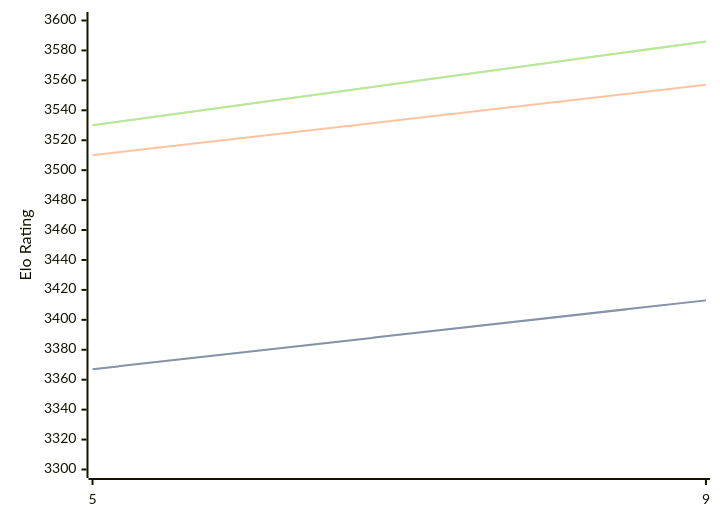
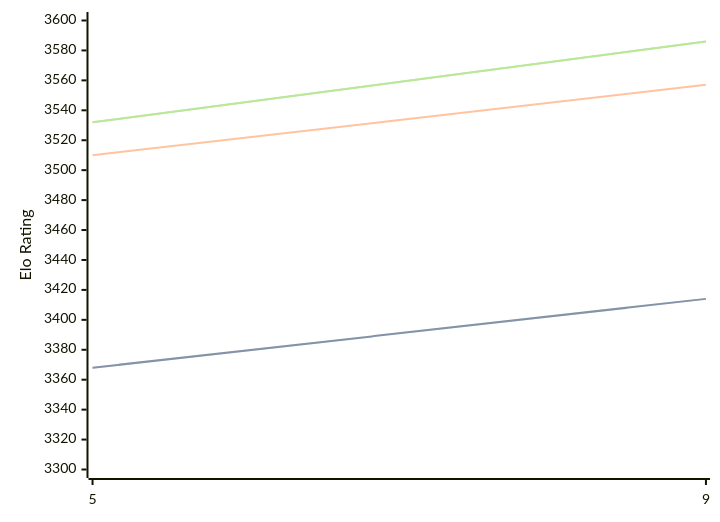
One commit to computer-chess-index/cci changed the diagram in engines/Crystal.md. Above: the diagram before and after it, drawn with Mermaid. The commit also changed other lines of this file, not shown here.

Commit message:
Update CCI Ratings (ELO VLTC) - 2026-07-29

````diff
--- a/engines/Crystal.md
+++ b/engines/Crystal.md
@@ -60,11 +60,11 @@
 ```mermaid
 %%{init: {"theme":"base","themeVariables":{"seriesColors:['#a3a3a3','#222221','#faa371']}}}%%
 xychart-beta
   x-axis ["5", "9"]
   y-axis "Elo Rating" 3300 --> 3600
-  line "STC (8.0+0.08s)" [3367, 3413]
-  line "STC (8.0+0.08s)" [3367, 3413]
+  line "STC (8.0+0.08s)" [3368, 3414]
+  line "STC (8.0+0.08s)" [3368, 3414]
   line "LTC (60.0+0.60s)" [3510, 3557]
-  line "VLTC (2m24s+1.12s)" [3530, 3586]
-  line "VLTC (2m24s+1.12s)" [3530, 3586]
+  line "VLTC (2m24s+1.12s)" [3532, 3586]
+  line "VLTC (2m24s+1.12s)" [3532, 3586]
 ```
````
